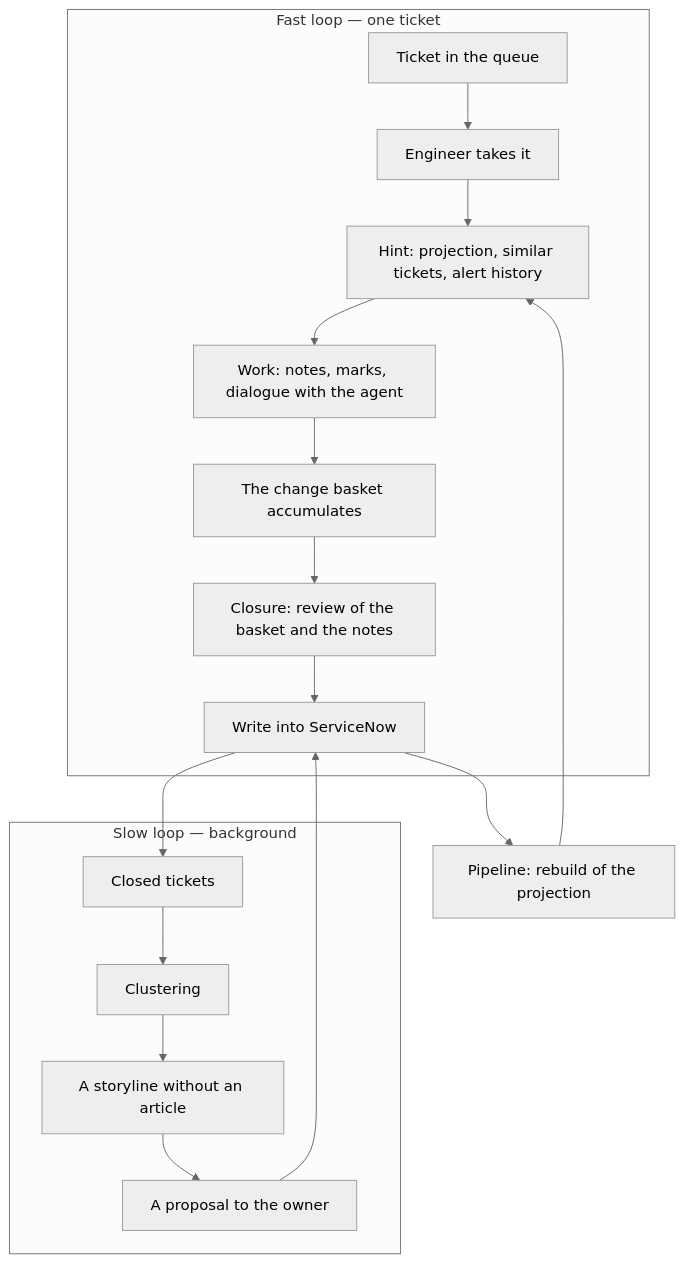
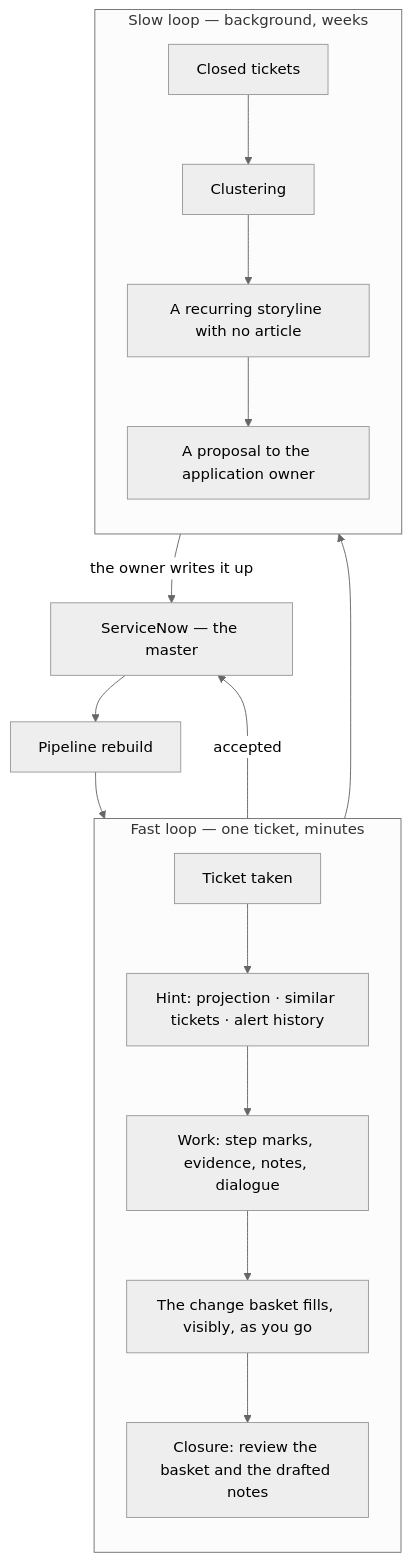
The fourth of 6 diagrams in docs/concept.md (grishkabarabashka/pi), drawn with Mermaid (neutral theme) before and after one commit. The commit also changed other lines of this file and 12 other files, not shown here.

````diff
--- a/docs/concept.md
+++ b/docs/concept.md
@@ -212,22 +212,23 @@
 ```mermaid
 flowchart TB
-    subgraph fast["Fast loop — one ticket"]
-        A[Ticket in the queue] --> B[Engineer takes it]
-        B --> C[Hint: projection, similar tickets, alert history]
-        C --> D[Work: notes, marks, dialogue with the agent]
-        D --> E[The change basket accumulates]
-        E --> F[Closure: review of the basket and the notes]
-        F --> G[Write into ServiceNow]
+    subgraph fast["Fast loop — one ticket, minutes"]
+        direction TB
+        A["Ticket taken"] --> B["Hint: projection · similar tickets · alert history"]
+        B --> C["Work: step marks, evidence, notes, dialogue"]
+        C --> D["The change basket fills, visibly, as you go"]
+        D --> E["Closure: review the basket and the drafted notes"]
     end
 
-    subgraph slow["Slow loop — background"]
-        H[Closed tickets] --> I[Clustering]
-        I --> J[A storyline without an article]
-        J --> K[A proposal to the owner]
-        K --> G
+    subgraph slow["Slow loop — background, weeks"]
+        direction TB
+        H["Closed tickets"] --> I["Clustering"]
+        I --> J["A recurring storyline with no article"]
+        J --> K["A proposal to the application owner"]
     end
 
-    G --> L[Pipeline: rebuild of the projection]
-    L --> C
-    G --> H
+    E -->|"accepted"| G["ServiceNow — the master"]
+    K -->|"the owner writes it up"| G
+    G --> L["Pipeline rebuild"]
+    L --> B
+    E --> H
 ```
````
